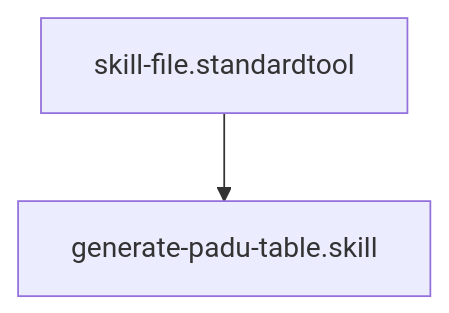
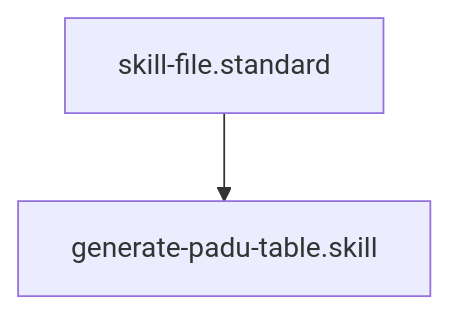
The diagram in skills/generate-padu-table.skill.md (Gizmo4Life/ai-kernel), drawn with Mermaid before and after one commit. The commit also changed other lines of this file and 89 other files, not shown here.

````diff
--- a/skills/generate-padu-table.skill.md
+++ b/skills/generate-padu-table.skill.md
@@ -29,4 +30,4 @@
 ```mermaid
 graph TD
-    skill-file.standardtool --> generate-padu-table.skill
+    skill-file.standard --> generate-padu-table.skill
 ```
````
